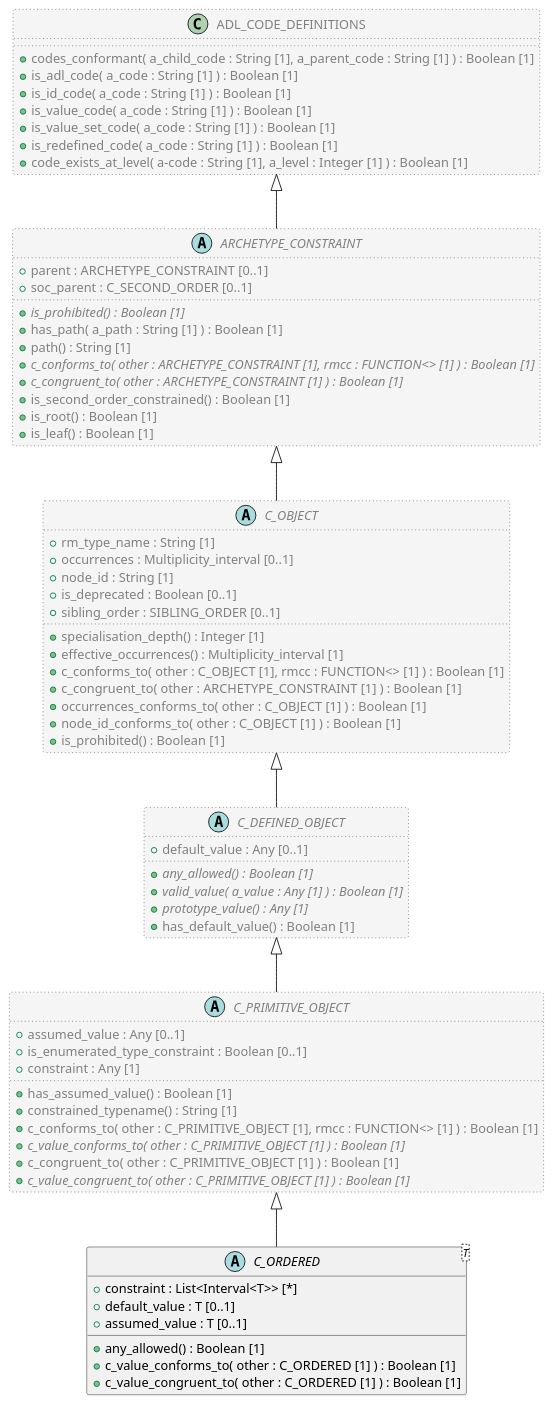
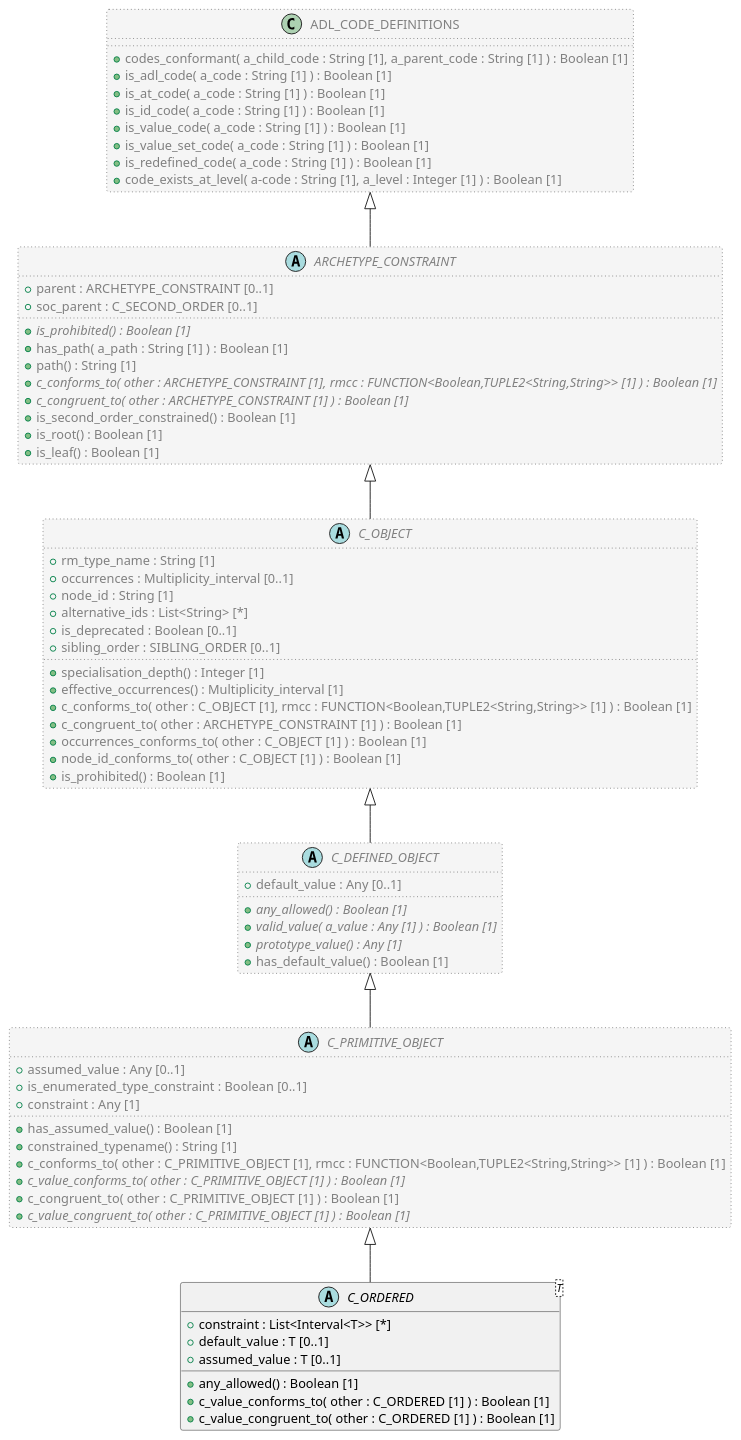
One commit to sebastian-iancu/code-generator changed the diagram in code/Adoc/openehr_am_2.4.0/plantUML/classes/aom2.c_ordered.adoc. Above: the diagram before and after it, drawn with PlantUML. The commit also changed 299 other files, not shown here.

```diff
--- a/code/Adoc/openehr_am_2.4.0/plantUML/classes/aom2.c_ordered.adoc
+++ b/code/Adoc/openehr_am_2.4.0/plantUML/classes/aom2.c_ordered.adoc
@@ -17,7 +17,7 @@
   + constraint : Any [1]
   + has_assumed_value() : Boolean [1]
   + constrained_typename() : String [1]
-  + c_conforms_to( other : C_PRIMITIVE_OBJECT [1], rmcc : FUNCTION<> [1] ) : Boolean [1]
+  + c_conforms_to( other : C_PRIMITIVE_OBJECT [1], rmcc : FUNCTION<Boolean,TUPLE2<String,String>> [1] ) : Boolean [1]
   + {abstract} c_value_conforms_to( other : C_PRIMITIVE_OBJECT [1] ) : Boolean [1]
   + c_congruent_to( other : C_PRIMITIVE_OBJECT [1] ) : Boolean [1]
   + {abstract} c_value_congruent_to( other : C_PRIMITIVE_OBJECT [1] ) : Boolean [1]
@@ -35,11 +35,12 @@
   + rm_type_name : String [1]
   + occurrences : Multiplicity_interval [0..1]
   + node_id : String [1]
+  + alternative_ids : List<String> [*]
   + is_deprecated : Boolean [0..1]
   + sibling_order : SIBLING_ORDER [0..1]
   + specialisation_depth() : Integer [1]
   + effective_occurrences() : Multiplicity_interval [1]
-  + c_conforms_to( other : C_OBJECT [1], rmcc : FUNCTION<> [1] ) : Boolean [1]
+  + c_conforms_to( other : C_OBJECT [1], rmcc : FUNCTION<Boolean,TUPLE2<String,String>> [1] ) : Boolean [1]
   + c_congruent_to( other : ARCHETYPE_CONSTRAINT [1] ) : Boolean [1]
   + occurrences_conforms_to( other : C_OBJECT [1] ) : Boolean [1]
   + node_id_conforms_to( other : C_OBJECT [1] ) : Boolean [1]
@@ -52,7 +53,7 @@
   + {abstract} is_prohibited() : Boolean [1]
   + has_path( a_path : String [1] ) : Boolean [1]
   + path() : String [1]
-  + {abstract} c_conforms_to( other : ARCHETYPE_CONSTRAINT [1], rmcc : FUNCTION<> [1] ) : Boolean [1]
+  + {abstract} c_conforms_to( other : ARCHETYPE_CONSTRAINT [1], rmcc : FUNCTION<Boolean,TUPLE2<String,String>> [1] ) : Boolean [1]
   + {abstract} c_congruent_to( other : ARCHETYPE_CONSTRAINT [1] ) : Boolean [1]
   + is_second_order_constrained() : Boolean [1]
   + is_root() : Boolean [1]
@@ -62,6 +63,7 @@
 class ADL_CODE_DEFINITIONS  #whitesmoke;line:gray;line.dotted;text:gray {
   + codes_conformant( a_child_code : String [1], a_parent_code : String [1] ) : Boolean [1]
   + is_adl_code( a_code : String [1] ) : Boolean [1]
+  + is_at_code( a_code : String [1] ) : Boolean [1]
   + is_id_code( a_code : String [1] ) : Boolean [1]
   + is_value_code( a_code : String [1] ) : Boolean [1]
   + is_value_set_code( a_code : String [1] ) : Boolean [1]
```
